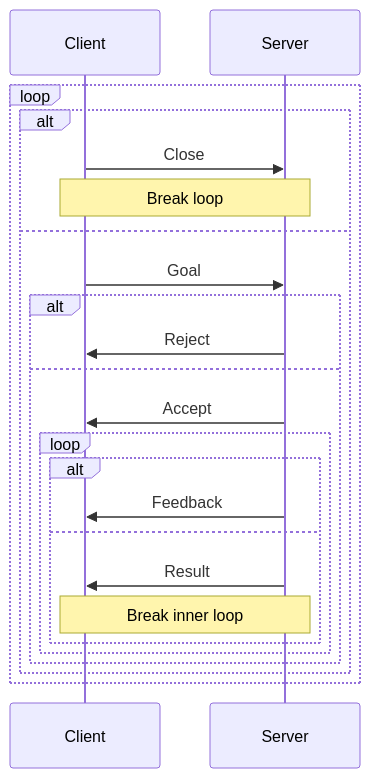
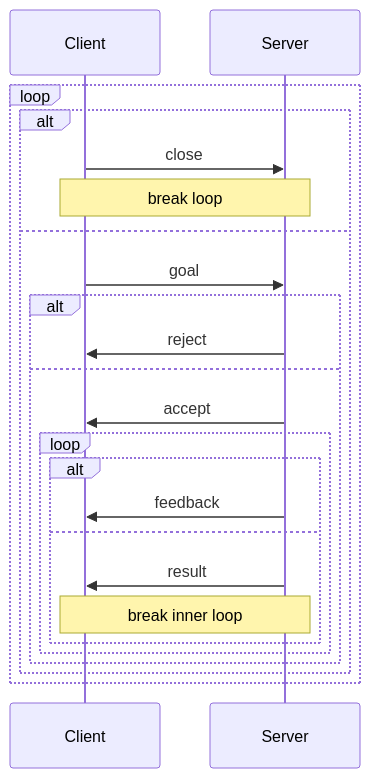
One commit to tier4/awkernel changed the first of 3 diagrams in specification/t4os_async_lib/src/action.rs/README.md. Above: the diagram before and after it, drawn with Mermaid. The commit also changed 7 other files, not shown here.

````diff
--- a/specification/t4os_async_lib/src/action.rs/README.md
+++ b/specification/t4os_async_lib/src/action.rs/README.md
@@ -28,24 +28,24 @@
 ```mermaid
 sequenceDiagram
     loop
         alt
-            Client->>Server: Close
-            Note over Client,Server: Break loop
+            Client->>Server: close
+            Note over Client,Server: break loop
         else
-            Client->>Server: Goal
+            Client->>Server: goal
             alt
-                Server->>Client: Reject
+                Server->>Client: reject
             else
-                Server->>Client: Accept
+                Server->>Client: accept
                 loop
                     alt
-                        Server->>Client: Feedback
+                        Server->>Client: feedback
                     else
-                        Server->>Client: Result
-                        Note over Client,Server: Break inner loop
+                        Server->>Client: result
+                        Note over Client,Server: break inner loop
                     end
                 end
             end
         end
     end
 ```
````
